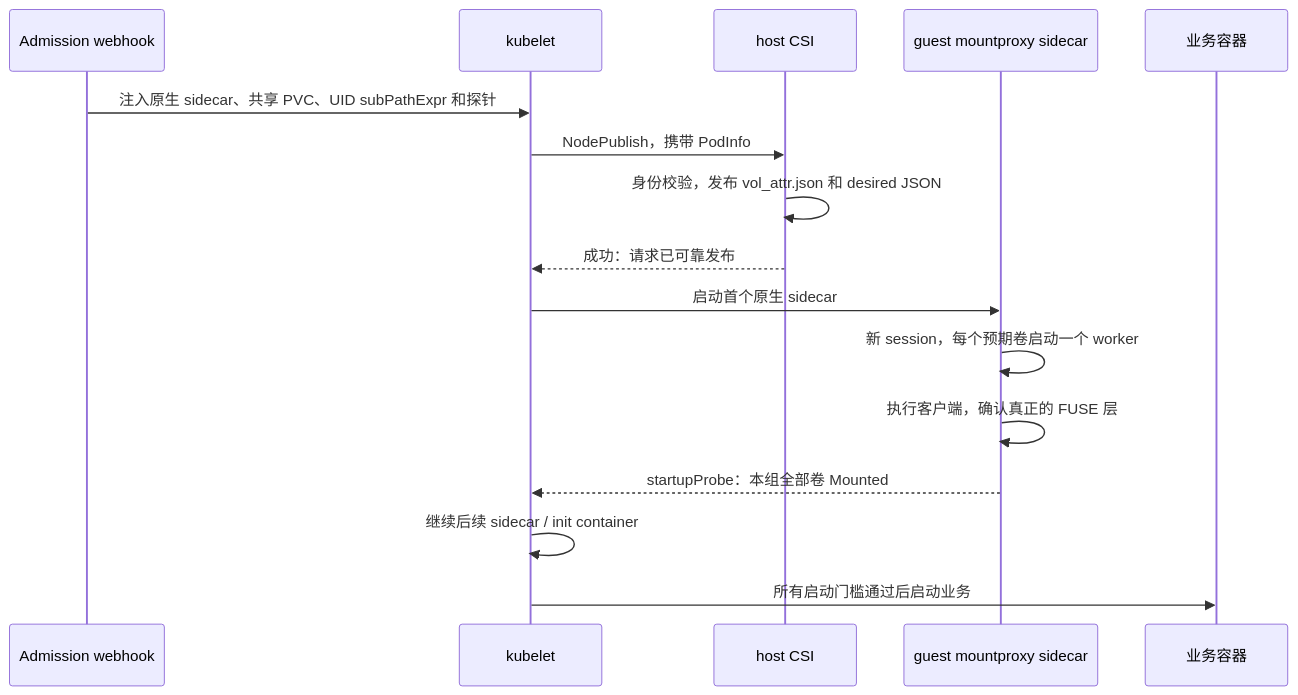
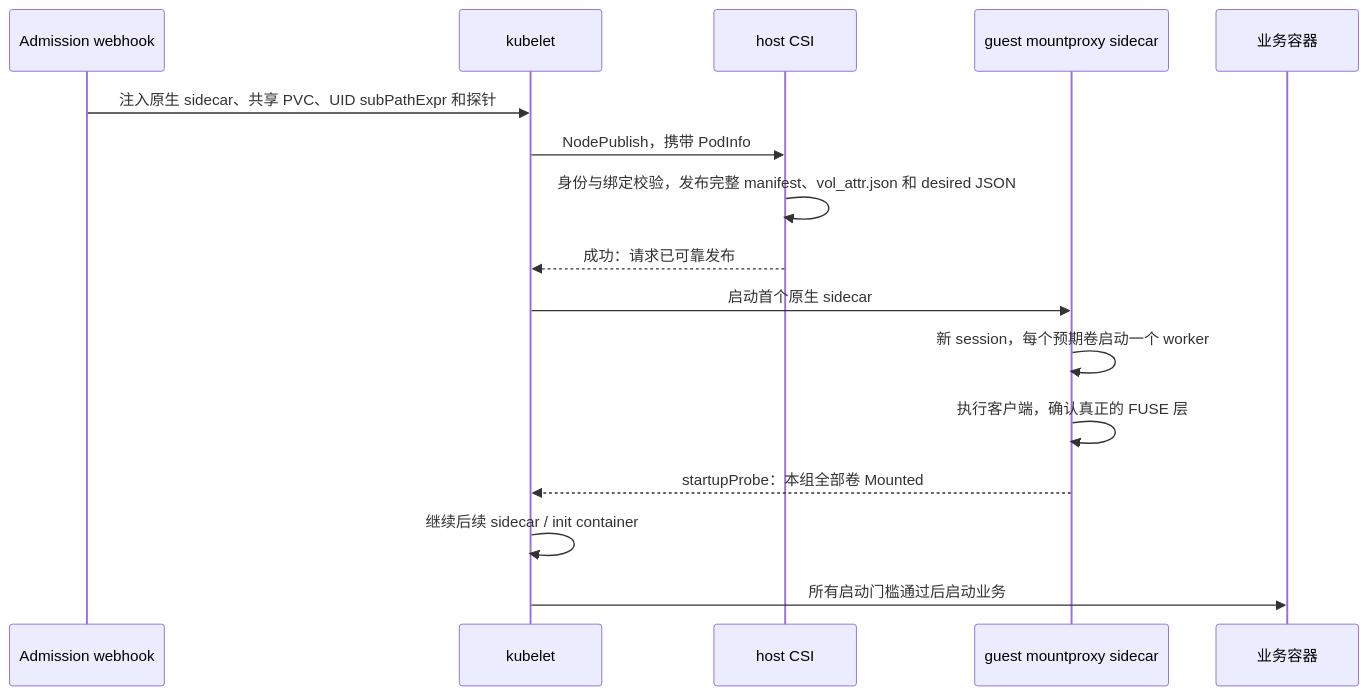
The diagram in docs/rund3-fuse-design-review-zh.md (AlbeeSo/alibaba-cloud-csi-driver), drawn with Mermaid before and after one commit. The commit also changed other lines of this file and 17 other files, not shown here.

````diff
--- a/docs/rund3-fuse-design-review-zh.md
+++ b/docs/rund3-fuse-design-review-zh.md
@@ -92,18 +92,18 @@
 ```mermaid
 sequenceDiagram
     participant A as Admission webhook
     participant K as kubelet
     participant C as host CSI
     participant M as guest mountproxy sidecar
     participant B as 业务容器
     A->>K: 注入原生 sidecar、共享 PVC、UID subPathExpr 和探针
     K->>C: NodePublish，携带 PodInfo
-    C->>C: 身份校验，发布 vol_attr.json 和 desired JSON
+    C->>C: 身份与绑定校验，发布完整 manifest、vol_attr.json 和 desired JSON
     C-->>K: 成功：请求已可靠发布
     K->>M: 启动首个原生 sidecar
     M->>M: 新 session，每个预期卷启动一个 worker
     M->>M: 执行客户端，确认真正的 FUSE 层
     M-->>K: startupProbe：本组全部卷 Mounted
     K->>K: 继续后续 sidecar / init container
     K->>B: 所有启动门槛通过后启动业务
 ```
````
